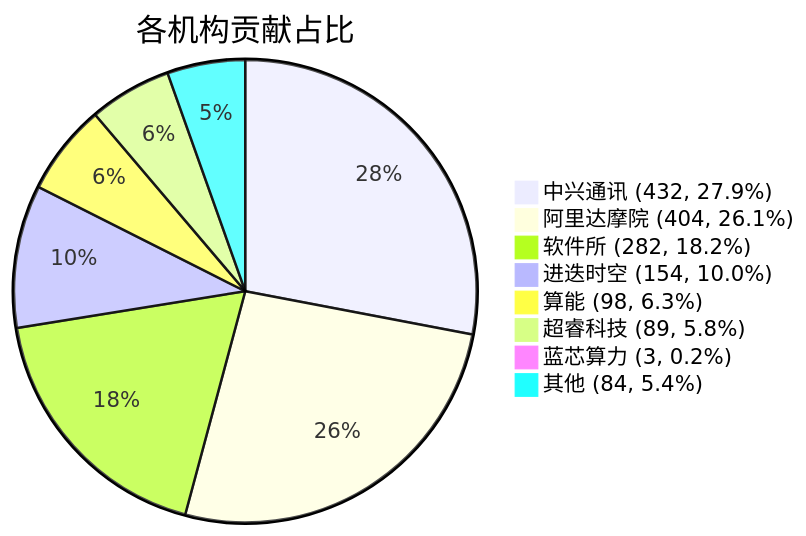
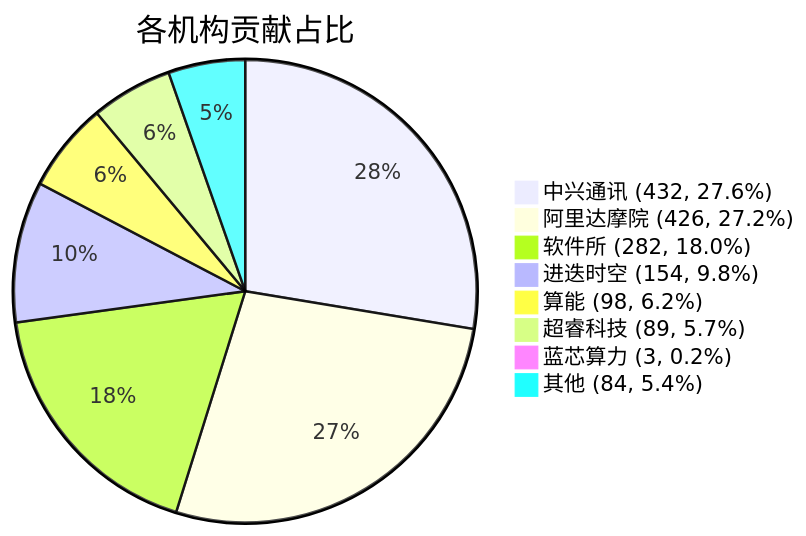
The diagram in docs/index.md (RVCK-Project/rvck), drawn with Mermaid before and after one commit. The commit also changed other lines of this file and 24 other files, not shown here.

````diff
--- a/docs/index.md
+++ b/docs/index.md
@@ -40,11 +40,11 @@
 ```mermaid
 pie title 各机构贡献占比
-    "中兴通讯 (432, 27.9%)" : 432
-    "阿里达摩院 (404, 26.1%)" : 404
-    "软件所 (282, 18.2%)" : 282
-    "进迭时空 (154, 10.0%)" : 154
-    "算能 (98, 6.3%)" : 98
-    "超睿科技 (89, 5.8%)" : 89
+    "中兴通讯 (432, 27.6%)" : 432
+    "阿里达摩院 (426, 27.2%)" : 426
+    "软件所 (282, 18.0%)" : 282
+    "进迭时空 (154, 9.8%)" : 154
+    "算能 (98, 6.2%)" : 98
+    "超睿科技 (89, 5.7%)" : 89
     "蓝芯算力 (3, 0.2%)" : 3
     "其他 (84, 5.4%)" : 84
 ```
````
